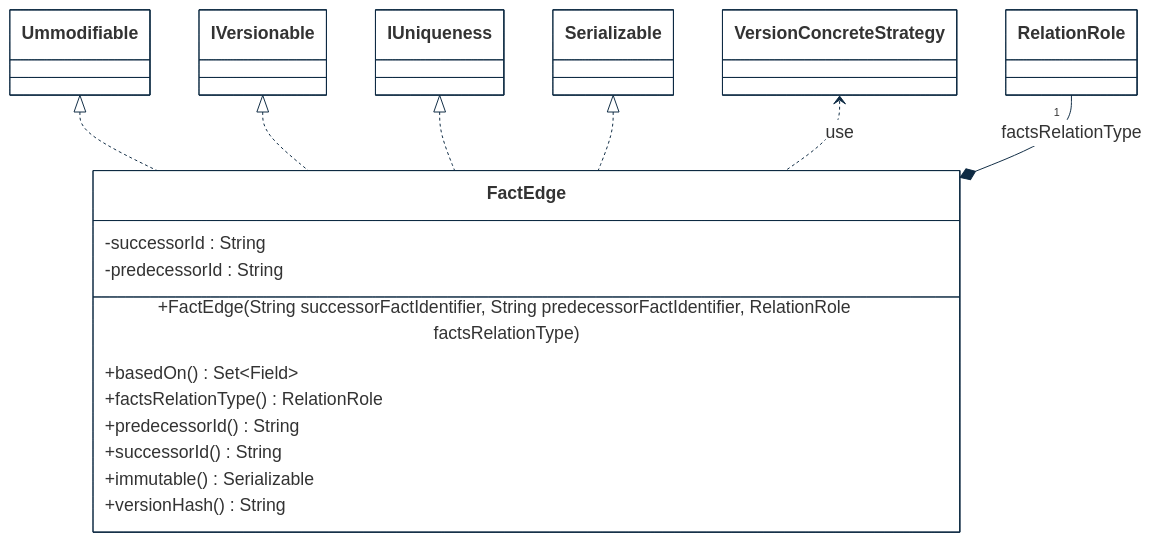
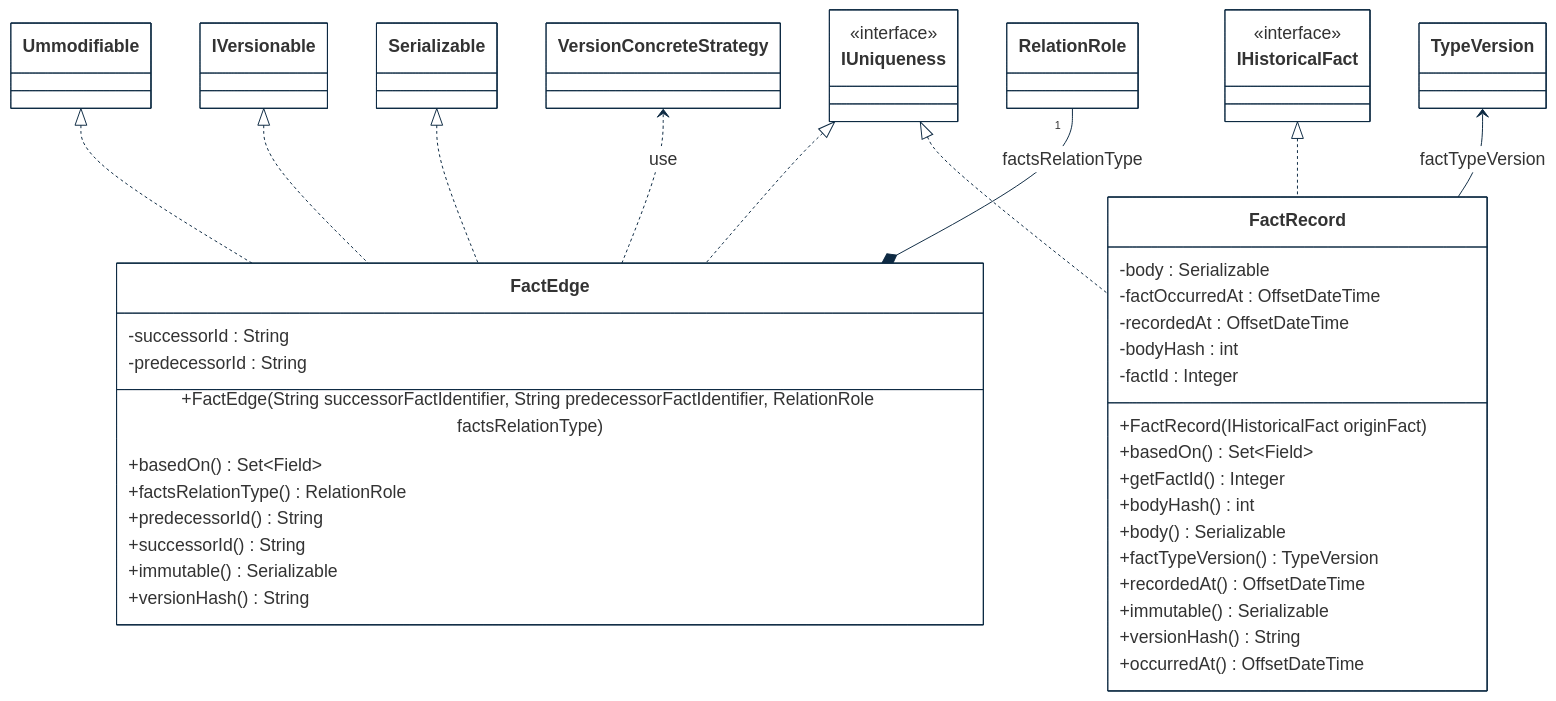
Before and after one commit to cybnity/foundation: the first of 3 diagrams in implementations-line/framework/immutable/designview-packages.md, drawn with Mermaid. The commit also changed 1 other file, not shown here.

````diff
--- a/implementations-line/framework/immutable/designview-packages.md
+++ b/implementations-line/framework/immutable/designview-packages.md
@@ -15,40 +15,67 @@
 ```mermaid
 %%{
   init: {
     'theme': 'base',
     'themeVariables': {
         'background': '#ffffff',
         'fontFamily': 'arial',
         'fontSize': '18px',
         'primaryColor': '#fff',
         'primaryBorderColor': '#0e2a43',
         'secondaryBorderColor': '#0e2a43',
         'tertiaryBorderColor': '#0e2a43',
         'edgeLabelBackground':'#0e2a43',
         'lineColor': '#0e2a43',
         'tertiaryColor': '#fff'
     }
   }
 }%%
 classDiagram
     Ummodifiable <|.. FactEdge
     IVersionable <|.. FactEdge
     IUniqueness <|.. FactEdge
+    IHistoricalFact <|.. FactRecord
+    IUniqueness <|.. FactRecord
     Serializable <|.. FactEdge
     VersionConcreteStrategy <.. FactEdge : use
     RelationRole "1" --* FactEdge : factsRelationType
+    TypeVersion <-- FactRecord : factTypeVersion
+
+    class IHistoricalFact {
+        <<interface>>
+    }
+    class IUniqueness {
+        <<interface>>
+    }
     class RelationRole {
     }
     class FactEdge {
         -successorId : String
         -predecessorId : String
         +FactEdge(String successorFactIdentifier, String predecessorFactIdentifier, RelationRole factsRelationType)
         +basedOn() Set~Field~
         +factsRelationType() RelationRole
         +predecessorId() String
         +successorId() String
         +immutable() Serializable
         +versionHash() String
     }
+    class FactRecord {
+        -body : Serializable
+        -factOccurredAt : OffsetDateTime
+        -recordedAt : OffsetDateTime
+        -bodyHash : int
+        -factId : Integer
+        +FactRecord(IHistoricalFact originFact)
+        +basedOn() Set~Field~
+        +getFactId() Integer
+        +bodyHash() int
+        +body() Serializable
+        +factTypeVersion() TypeVersion
+        +recordedAt() OffsetDateTime
+        +immutable() Serializable
+        +versionHash() String
+        +occurredAt() OffsetDateTime
+    }
 
 ```
````
